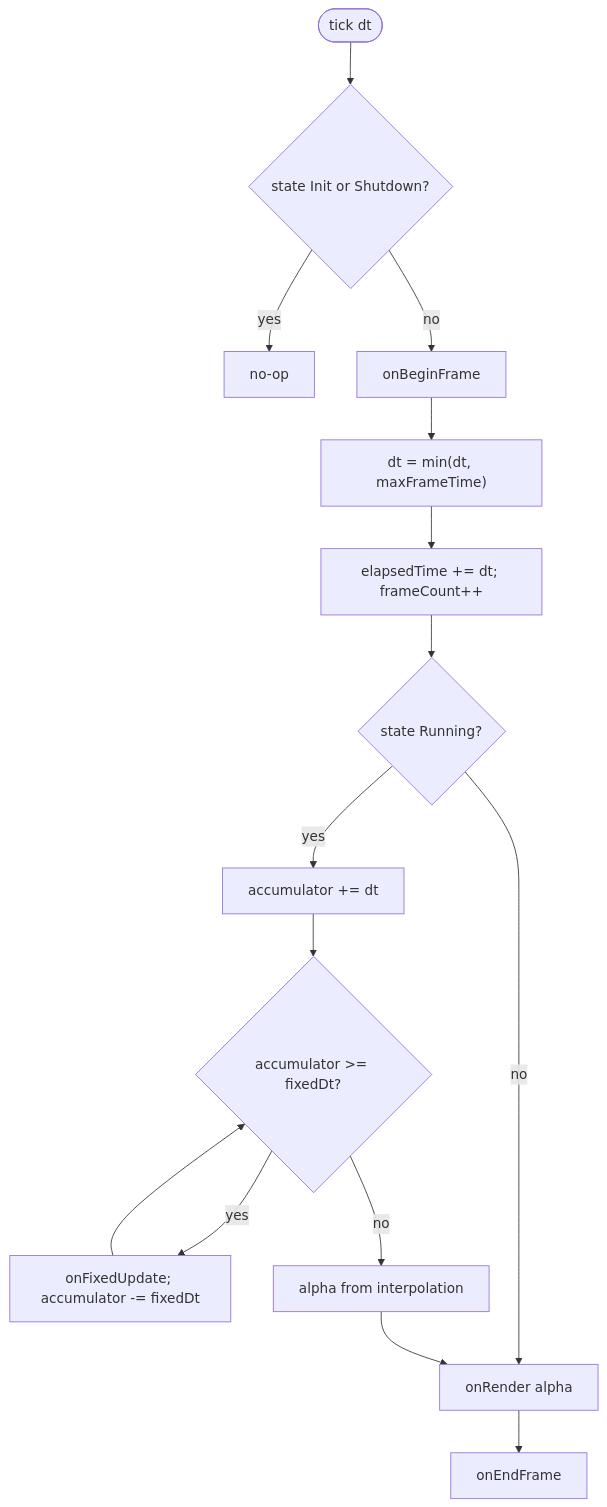
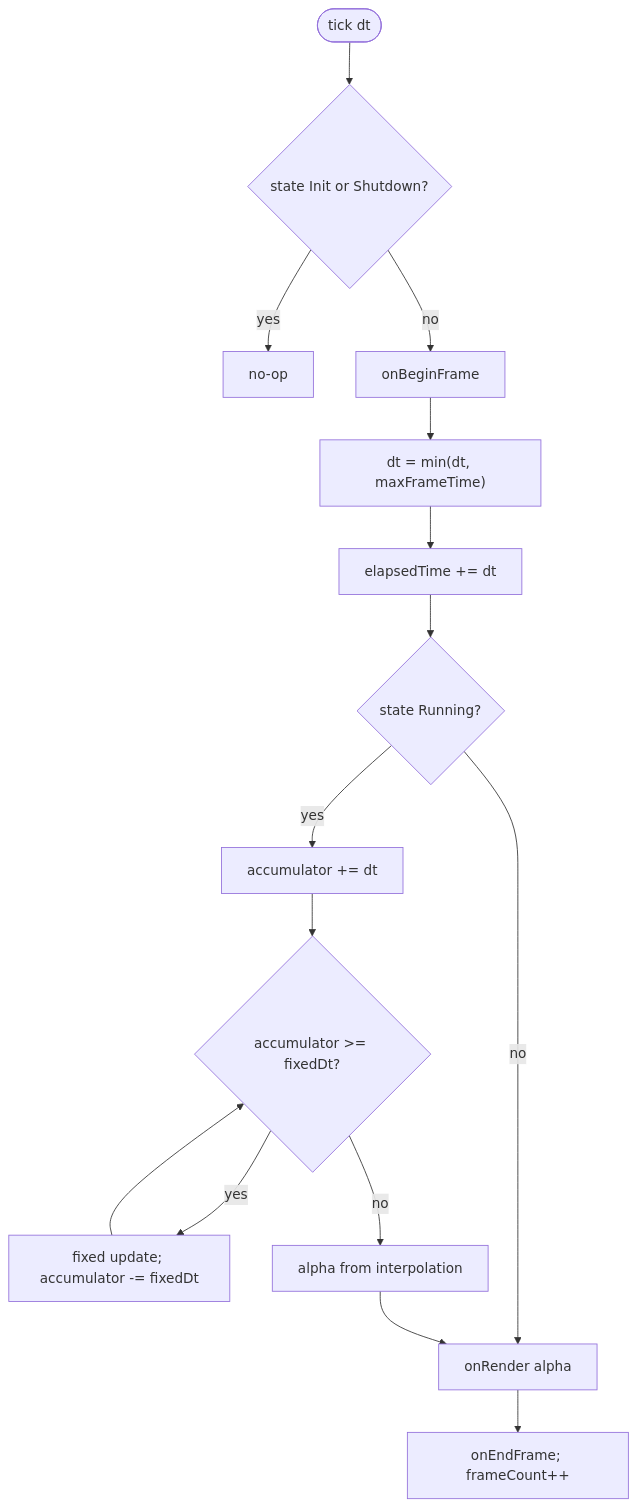
One commit to LyeZinho/caffeine-website changed the first of 2 diagrams in content/en/docs/core/game-loop.md. Above: the diagram before and after it, drawn with Mermaid. The commit also changed other lines of this file and 476 other files, not shown here.

````diff
--- a/content/en/docs/core/game-loop.md
+++ b/content/en/docs/core/game-loop.md
@@ -106,17 +115,17 @@
 ```mermaid
 flowchart TD
   START([tick dt]) --> GUARD{state Init or Shutdown?}
   GUARD -->|yes| SKIP[no-op]
   GUARD -->|no| BEGIN[onBeginFrame]
   BEGIN --> CLAMP["dt = min(dt, maxFrameTime)"]
-  CLAMP --> ELAPSED[elapsedTime += dt; frameCount++]
+  CLAMP --> ELAPSED[elapsedTime += dt]
   ELAPSED --> RUNNING{state Running?}
   RUNNING -->|no| RENDER[onRender alpha]
   RUNNING -->|yes| ACC[accumulator += dt]
   ACC --> LOOP{accumulator >= fixedDt?}
-  LOOP -->|yes| FIX[onFixedUpdate; accumulator -= fixedDt]
+  LOOP -->|yes| FIX[fixed update; accumulator -= fixedDt]
   FIX --> LOOP
   LOOP -->|no| ALPHA[alpha from interpolation]
   ALPHA --> RENDER
-  RENDER --> END[onEndFrame]
+  RENDER --> END[onEndFrame; frameCount++]
 ```
````
